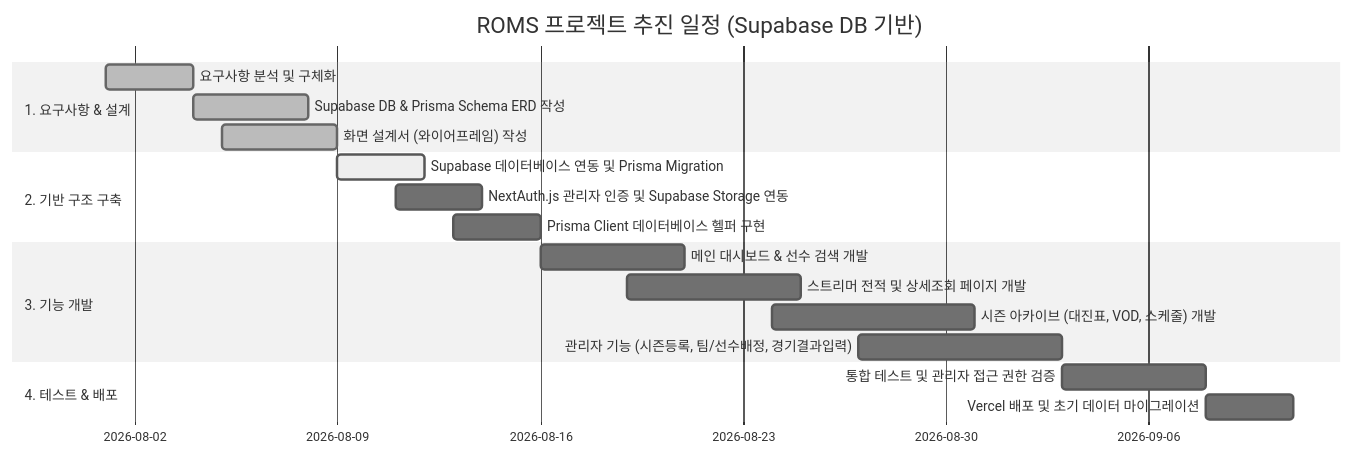
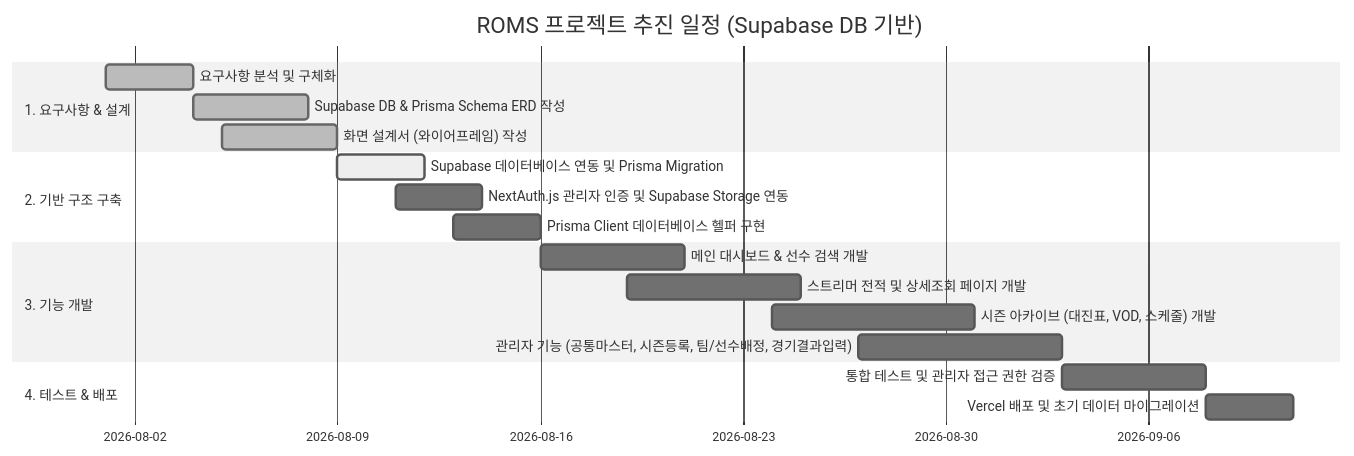
Before and after one commit to junhyeon0325/ROMS: the second of 2 diagrams in 산출물/초기계획/ROMS_프로젝트계획서.md, drawn with Mermaid (neutral theme). The commit also changed other lines of this file and 20 other files, not shown here.

````diff
--- a/산출물/초기계획/ROMS_프로젝트계획서.md
+++ b/산출물/초기계획/ROMS_프로젝트계획서.md
@@ -76,24 +80,24 @@
 ```mermaid
 gantt
     dateFormat  YYYY-MM-DD
     title ROMS 프로젝트 추진 일정 (Supabase DB 기반)
     section 1. 요구사항 & 설계
     요구사항 분석 및 구체화 :done, req, 2026-08-01, 3d
     Supabase DB & Prisma Schema ERD 작성 :done, db_design, 2026-08-04, 4d
     화면 설계서 (와이어프레임) 작성 :done, ui_design, 2026-08-05, 4d
 
     section 2. 기반 구조 구축
     Supabase 데이터베이스 연동 및 Prisma Migration :active, env, 2026-08-09, 3d
     NextAuth.js 관리자 인증 및 Supabase Storage 연동 :auth_storage, 2026-08-11, 3d
     Prisma Client 데이터베이스 헬퍼 구현 :next_prisma, 2026-08-13, 3d
 
     section 3. 기능 개발
     메인 대시보드 & 선수 검색 개발 :dev_main, 2026-08-16, 5d
     스트리머 전적 및 상세조회 페이지 개발 :dev_streamer, 2026-08-19, 6d
     시즌 아카이브 (대진표, VOD, 스케줄) 개발 :dev_archive, 2026-08-24, 7d
-    관리자 기능 (시즌등록, 팀/선수배정, 경기결과입력) :dev_admin, 2026-08-27, 7d
+    관리자 기능 (공통마스터, 시즌등록, 팀/선수배정, 경기결과입력) :dev_admin, 2026-08-27, 7d
 
     section 4. 테스트 & 배포
     통합 테스트 및 관리자 접근 권한 검증 :test, 2026-09-03, 5d
     Vercel 배포 및 초기 데이터 마이그레이션 :deploy, 2026-09-08, 3d
 ```
````
